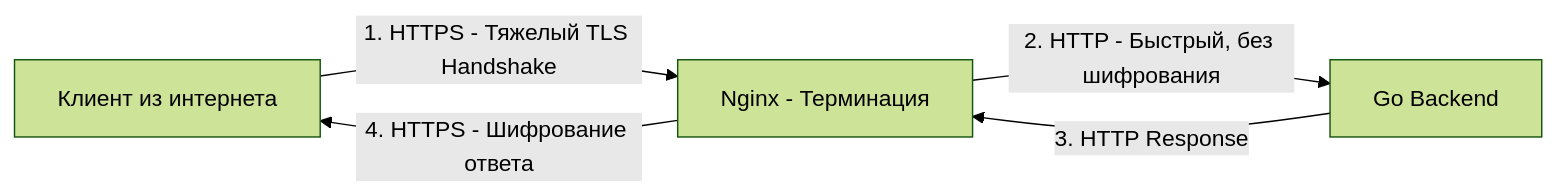
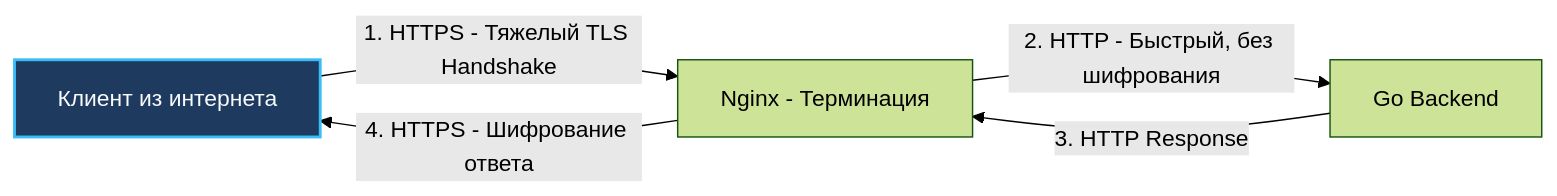
Before and after one commit to UnrealTemplier/go-textbook: the diagram in sources/19. Инфраструктура. Linux, nginx, Docker, Kubernetes/02. nginx/4. TLS termination.md, drawn with Mermaid (forest theme). The commit also changed 1666 other files, not shown here.

First line of the commit message:
feat(mermaid): add semantic color classDef to 1369 colorless flowchart/graph diagrams

````diff
--- a/sources/19. Инфраструктура. Linux, nginx, Docker, Kubernetes/02. nginx/4. TLS termination.md
+++ b/sources/19. Инфраструктура. Linux, nginx, Docker, Kubernetes/02. nginx/4. TLS termination.md
@@ -26,7 +26,17 @@
 ```mermaid
 flowchart LR
-    A["Клиент из интернета"] -->|"1. HTTPS - Тяжелый TLS Handshake"| B["Nginx - Терминация"]
+    classDef process  fill:#1e293b,stroke:#38bdf8,stroke-width:1px,color:#f8fafc
+    classDef success  fill:#064e3b,stroke:#34d399,stroke-width:1px,color:#f8fafc
+    classDef error    fill:#7f1d1d,stroke:#f87171,stroke-width:1px,color:#f8fafc
+    classDef warning  fill:#78350f,stroke:#fbbf24,stroke-width:1px,color:#f8fafc
+    classDef entry    fill:#1e3a5f,stroke:#38bdf8,stroke-width:2px,color:#f8fafc
+    classDef aux      fill:#334155,stroke:#64748b,stroke-width:1px,color:#f8fafc
+    classDef system   fill:#312e81,stroke:#a78bfa,stroke-width:1px,color:#f8fafc
+    classDef data     fill:#132d29,stroke:#2dd4bf,stroke-width:1px,color:#f8fafc
+    classDef network  fill:#881337,stroke:#fb7185,stroke-width:1px,color:#f8fafc
+    classDef accent   fill:#1e1b4b,stroke:#818cf8,stroke-width:1px,color:#f8fafc
+    A["Клиент из интернета"]:::entry -->|"1. HTTPS - Тяжелый TLS Handshake"| B["Nginx - Терминация"]
     B -->|"2. HTTP - Быстрый, без шифрования"| C["Go Backend"]
     C -->|"3. HTTP Response"| B
     B -->|"4. HTTPS - Шифрование ответа"| A
 ```
````
